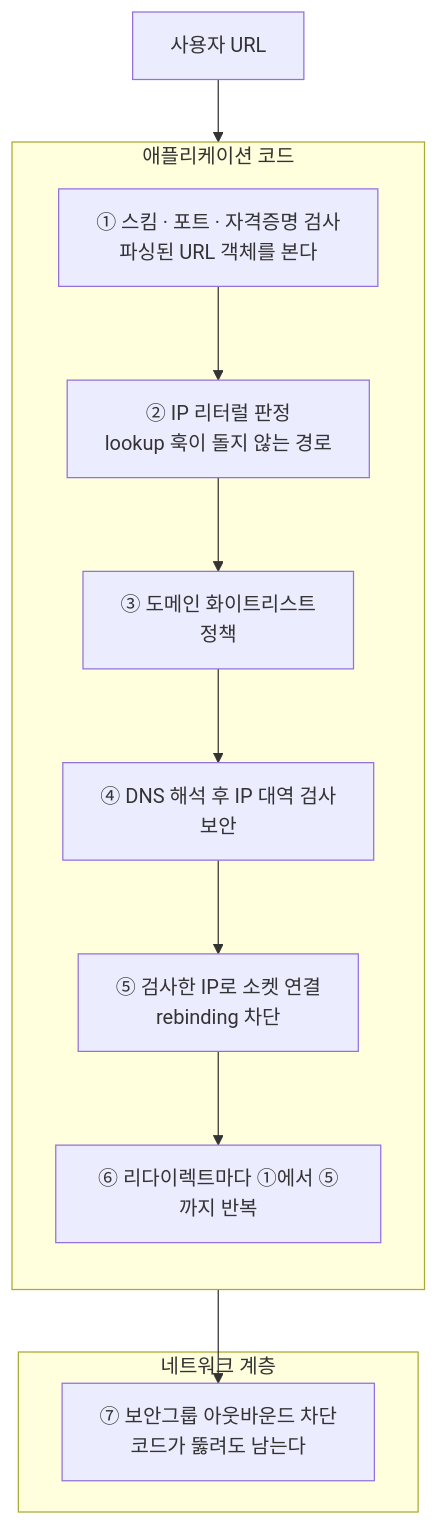
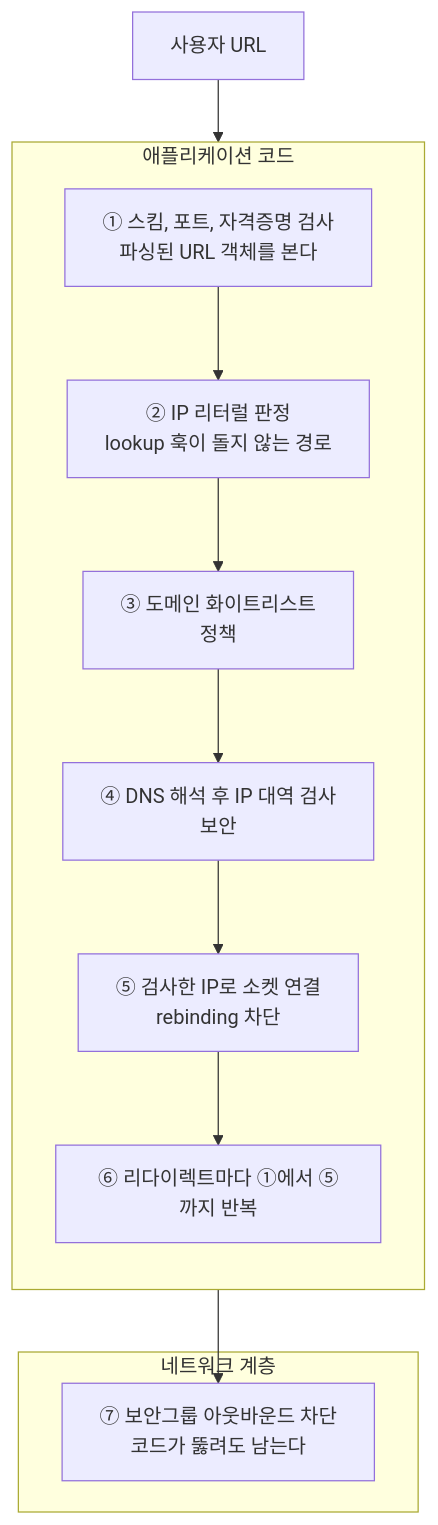
Before and after one commit to yceffort/blog: the fourth of 4 diagrams in apps/blog/posts/2026/08/og-scraping-server-2.md, drawn with Mermaid. The commit also changed other lines of this file and 3 other files, not shown here.

````diff
--- a/apps/blog/posts/2026/08/og-scraping-server-2.md
+++ b/apps/blog/posts/2026/08/og-scraping-server-2.md
@@ -667,22 +667,22 @@
 ```mermaid
 flowchart TB
     U["사용자 URL"]
 
     subgraph app["애플리케이션 코드"]
         direction TB
-        A1["① 스킴 · 포트 · 자격증명 검사<br/>파싱된 URL 객체를 본다"]
+        A1["① 스킴, 포트, 자격증명 검사<br/>파싱된 URL 객체를 본다"]
         A2["② IP 리터럴 판정<br/>lookup 훅이 돌지 않는 경로"]
         A3["③ 도메인 화이트리스트<br/>정책"]
         A4["④ DNS 해석 후 IP 대역 검사<br/>보안"]
         A5["⑤ 검사한 IP로 소켓 연결<br/>rebinding 차단"]
         A6["⑥ 리다이렉트마다 ①에서 ⑤까지 반복"]
         A1 --> A2 --> A3 --> A4 --> A5 --> A6
     end
 
     subgraph net["네트워크 계층"]
         N["⑦ 보안그룹 아웃바운드 차단<br/>코드가 뚫려도 남는다"]
     end
 
     U --> A1
     A6 --> N
 ```
````
